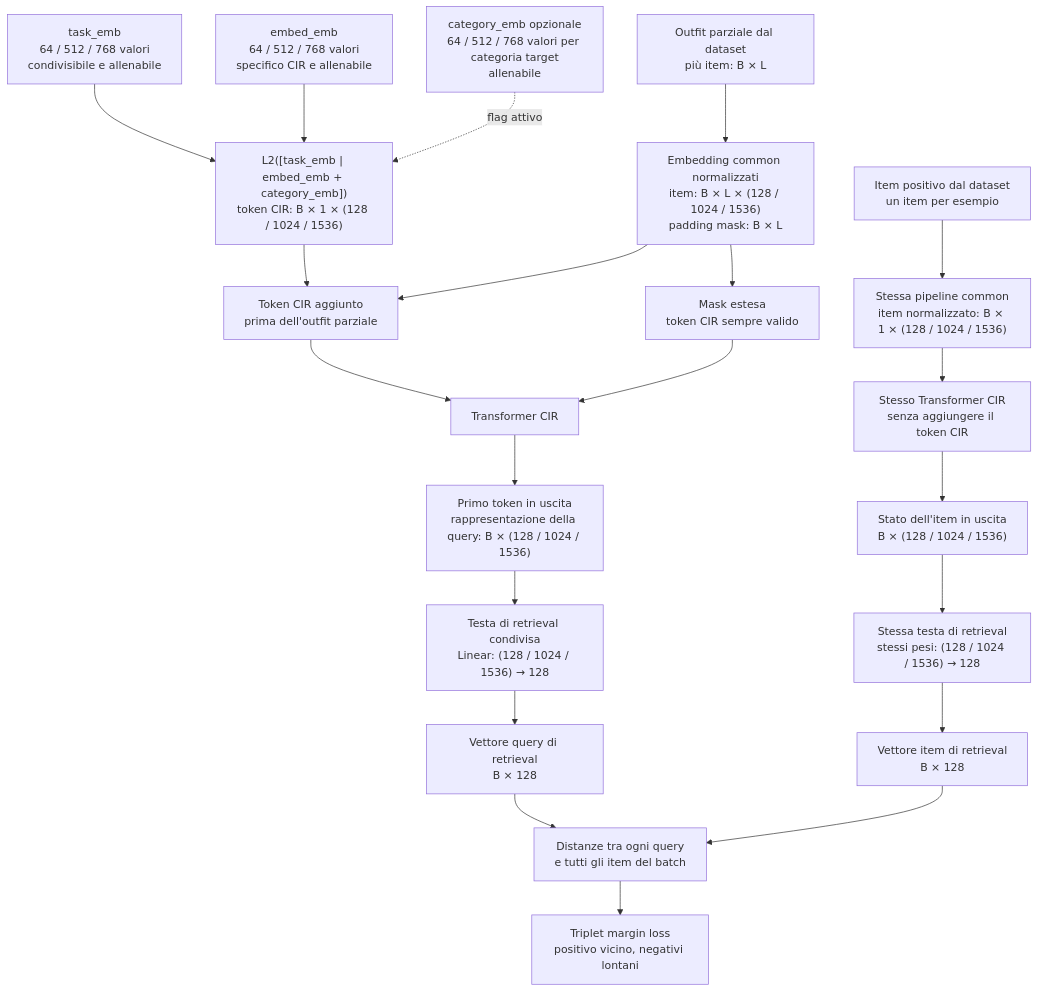
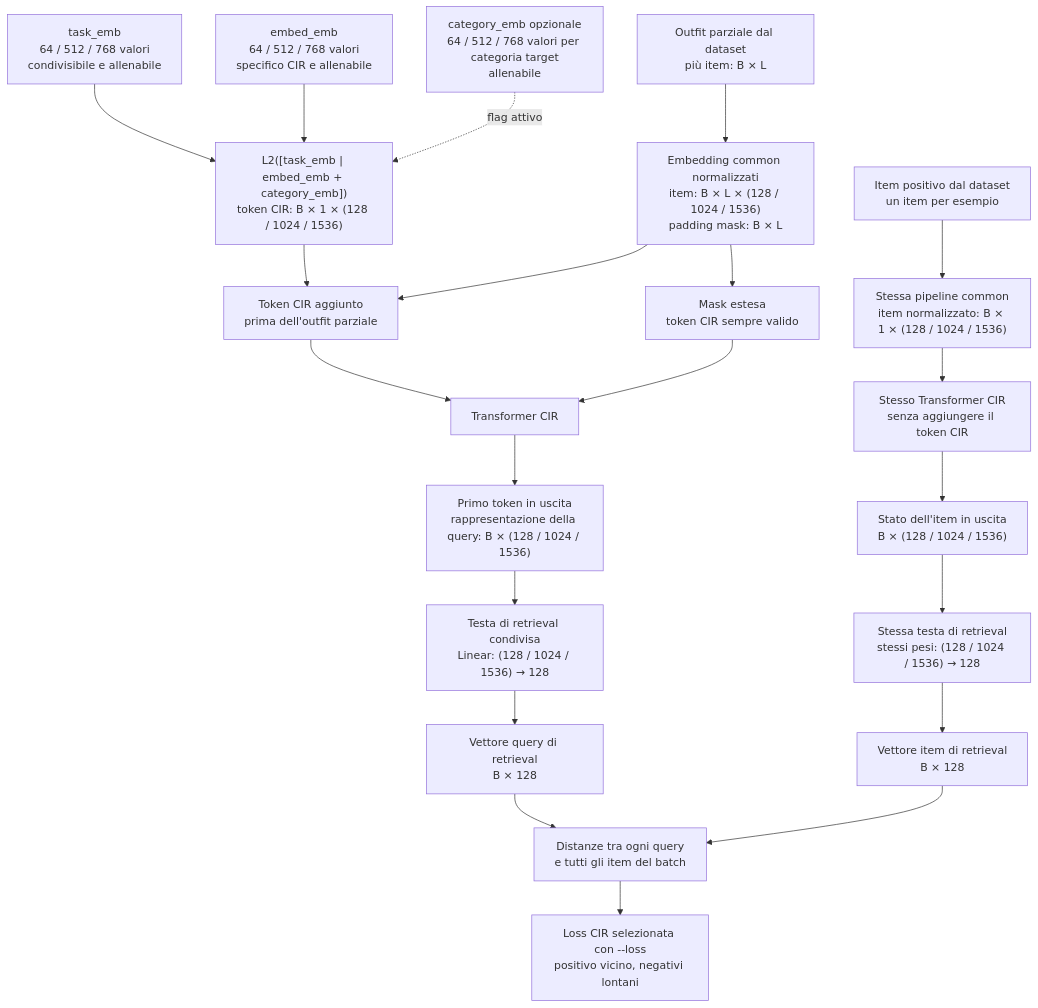
The first of 2 diagrams in model/CIR/README.md (FlorindoDev/OutfitTransformer), drawn with Mermaid before and after one commit. The commit also changed other lines of this file and 12 other files, not shown here.

First line of the commit message:
feat(cir): aggiungi InfoNCE e Joint con --loss

````diff
--- a/model/CIR/README.md
+++ b/model/CIR/README.md
@@ -57,48 +62,48 @@
 ```mermaid
 flowchart TD
     PARTIAL["Outfit parziale dal dataset<br/>più item: B × L"]
     COMMON_QUERY["Embedding common normalizzati<br/>item: B × L × (128 / 1024 / 1536)<br/>padding mask: B × L"]
     TASK["task_emb<br/>64 / 512 / 768 valori<br/>condivisibile e allenabile"]
     EMBED["embed_emb<br/>64 / 512 / 768 valori<br/>specifico CIR e allenabile"]
     CATEGORY["category_emb opzionale<br/>64 / 512 / 768 valori per categoria target<br/>allenabile"]
     TOKEN["L2([task_emb | embed_emb + category_emb])<br/>token CIR: B × 1 × (128 / 1024 / 1536)"]
     PREPEND["Token CIR aggiunto<br/>prima dell'outfit parziale"]
     MASK["Mask estesa<br/>token CIR sempre valido"]
     QUERY_TRANSFORMER["Transformer CIR"]
     QUERY_STATE["Primo token in uscita<br/>rappresentazione della query: B × (128 / 1024 / 1536)"]
     QUERY_HEAD["Testa di retrieval condivisa<br/>Linear: (128 / 1024 / 1536) → 128"]
     QUERY_VECTOR["Vettore query di retrieval<br/>B × 128"]
 
     POSITIVE["Item positivo dal dataset<br/>un item per esempio"]
     COMMON_ITEM["Stessa pipeline common<br/>item normalizzato: B × 1 × (128 / 1024 / 1536)"]
     ITEM_TRANSFORMER["Stesso Transformer CIR<br/>senza aggiungere il token CIR"]
     ITEM_STATE["Stato dell'item in uscita<br/>B × (128 / 1024 / 1536)"]
     ITEM_HEAD["Stessa testa di retrieval<br/>stessi pesi: (128 / 1024 / 1536) → 128"]
     ITEM_VECTOR["Vettore item di retrieval<br/>B × 128"]
 
     DISTANCE["Distanze tra ogni query<br/>e tutti gli item del batch"]
-    LOSS["Triplet margin loss<br/>positivo vicino, negativi lontani"]
+    LOSS["Loss CIR selezionata con --loss<br/>positivo vicino, negativi lontani"]
 
     PARTIAL --> COMMON_QUERY
     TASK --> TOKEN
     EMBED --> TOKEN
     CATEGORY -. flag attivo .-> TOKEN
     TOKEN --> PREPEND
     COMMON_QUERY --> PREPEND
     COMMON_QUERY --> MASK
     PREPEND --> QUERY_TRANSFORMER
     MASK --> QUERY_TRANSFORMER
     QUERY_TRANSFORMER --> QUERY_STATE
     QUERY_STATE --> QUERY_HEAD
     QUERY_HEAD --> QUERY_VECTOR
 
     POSITIVE --> COMMON_ITEM
     COMMON_ITEM --> ITEM_TRANSFORMER
     ITEM_TRANSFORMER --> ITEM_STATE
     ITEM_STATE --> ITEM_HEAD
     ITEM_HEAD --> ITEM_VECTOR
 
     QUERY_VECTOR --> DISTANCE
     ITEM_VECTOR --> DISTANCE
     DISTANCE --> LOSS
 ```
````
